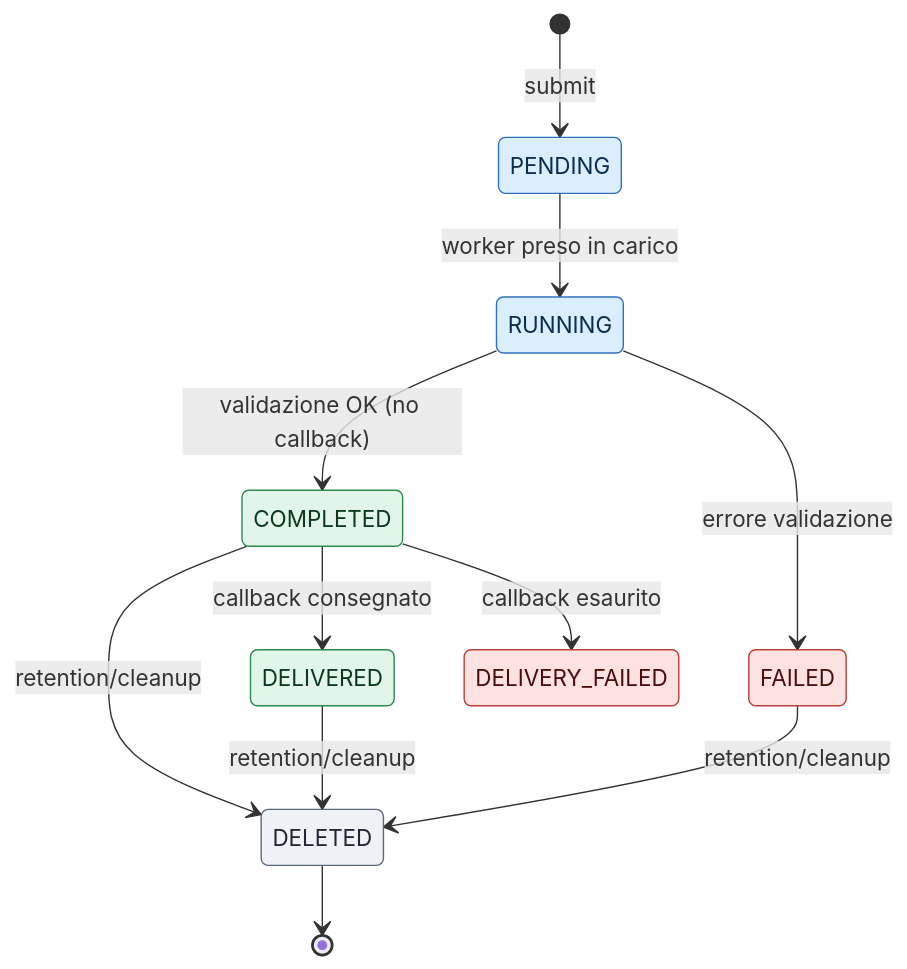
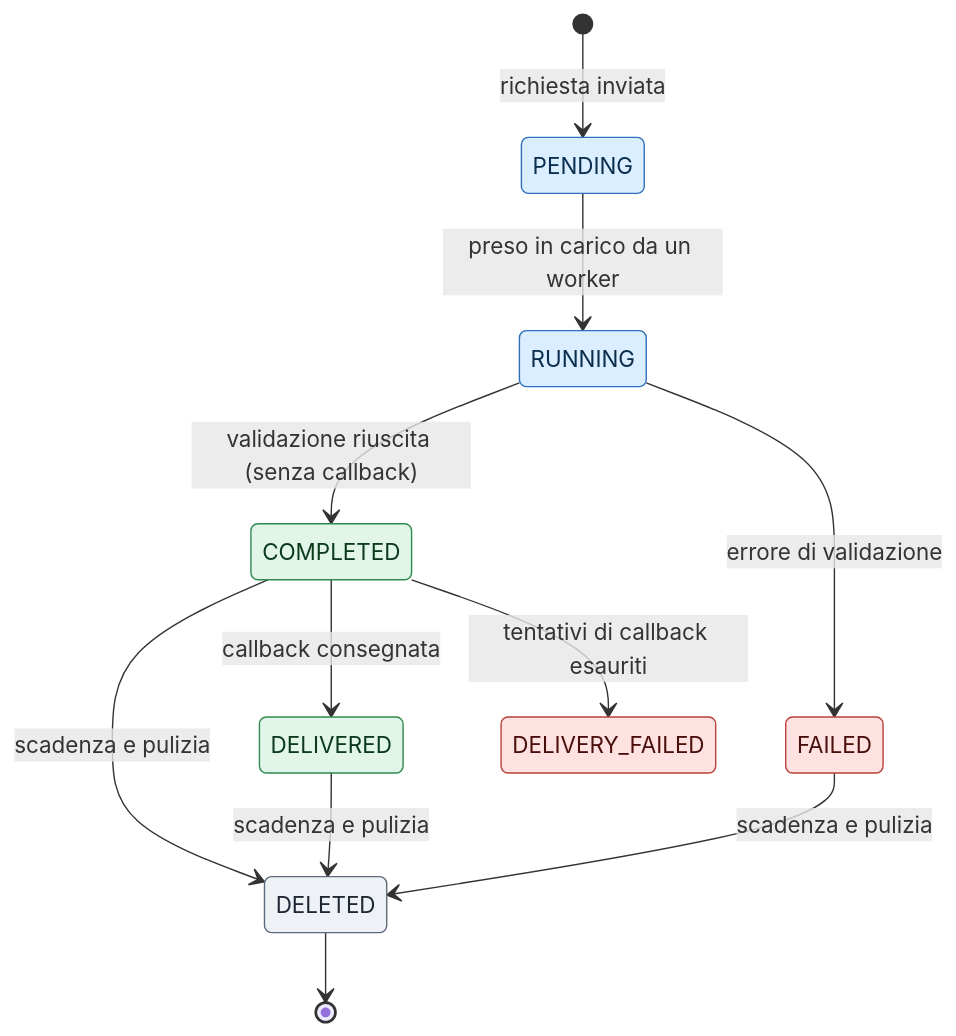
Before and after one commit to toresoft/sign-verify: the third of 4 diagrams in docs/it/05-verifica-firme.md, drawn with Mermaid. The commit also changed other lines of this file and 14 other files, not shown here.

````diff
--- a/docs/it/05-verifica-firme.md
+++ b/docs/it/05-verifica-firme.md
@@ -524,22 +533,22 @@
 ```mermaid
 stateDiagram-v2
-    [*] --> PENDING: submit
-    PENDING --> RUNNING: worker preso in carico
-    RUNNING --> COMPLETED: validazione OK (no callback)
-    RUNNING --> FAILED: errore validazione
-    COMPLETED --> DELIVERED: callback consegnato
-    COMPLETED --> DELIVERY_FAILED: callback esaurito
-    COMPLETED --> DELETED: retention/cleanup
-    DELIVERED --> DELETED: retention/cleanup
-    FAILED --> DELETED: retention/cleanup
+    [*] --> PENDING: richiesta inviata
+    PENDING --> RUNNING: preso in carico da un worker
+    RUNNING --> COMPLETED: validazione riuscita (senza callback)
+    RUNNING --> FAILED: errore di validazione
+    COMPLETED --> DELIVERED: callback consegnata
+    COMPLETED --> DELIVERY_FAILED: tentativi di callback esauriti
+    COMPLETED --> DELETED: scadenza e pulizia
+    DELIVERED --> DELETED: scadenza e pulizia
+    FAILED --> DELETED: scadenza e pulizia
     DELETED --> [*]
 
     classDef inProgress fill:#dbeeff,stroke:#2f6fbb,color:#0b2e4f
     classDef success fill:#e1f5e9,stroke:#2f8a4e,color:#0d3a1d
     classDef failure fill:#fde2e1,stroke:#b8413a,color:#4a0f0c
     classDef terminal fill:#eef1f5,stroke:#5b6b7c,color:#1f2733
     class PENDING,RUNNING inProgress
     class COMPLETED,DELIVERED success
     class FAILED,DELIVERY_FAILED failure
     class DELETED terminal
 ```
````
